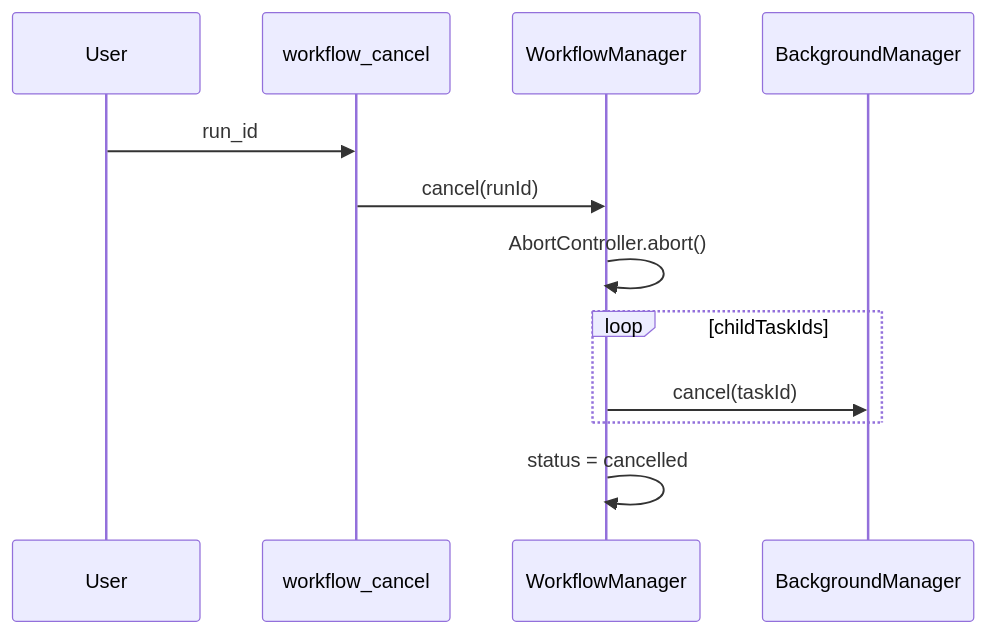
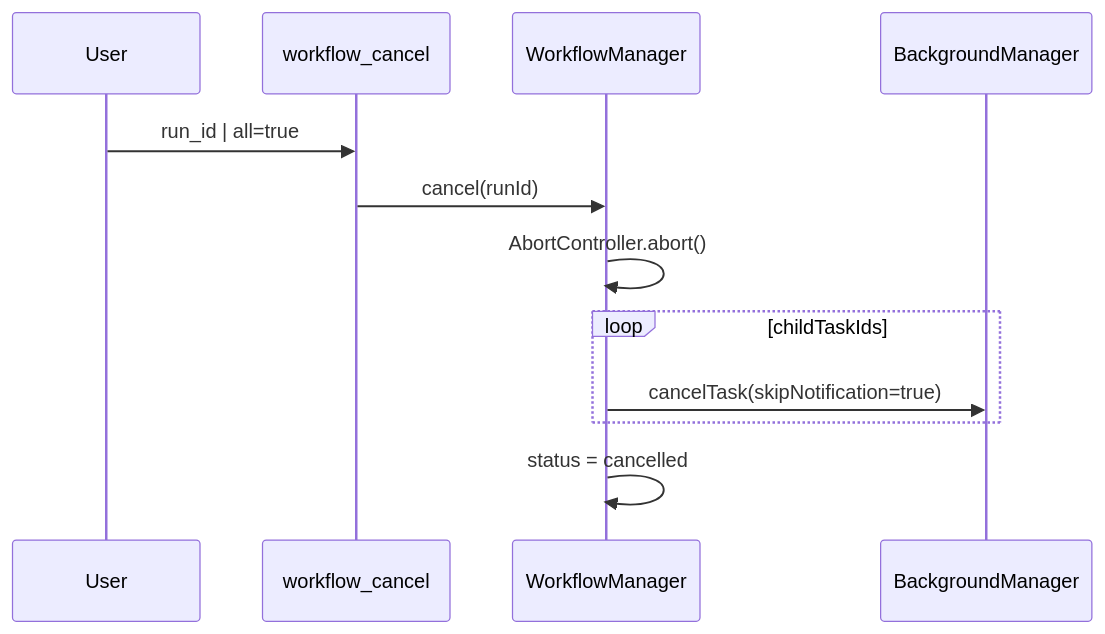
The eighth of 10 diagrams in docs/superpowers/specs/2026-06-03-dynamic-workflow-design.md (Arlen122/oh-my-openagent), drawn with Mermaid before and after one commit. The commit also changed other lines of this file and 3 other files, not shown here.

````diff
--- a/docs/superpowers/specs/2026-06-03-dynamic-workflow-design.md
+++ b/docs/superpowers/specs/2026-06-03-dynamic-workflow-design.md
@@ -444,15 +386,15 @@
 ```mermaid
 sequenceDiagram
   participant User
   participant WC as workflow_cancel
   participant WM as WorkflowManager
   participant BM as BackgroundManager
 
-  User->>WC: run_id
+  User->>WC: run_id | all=true
   WC->>WM: cancel(runId)
   WM->>WM: AbortController.abort()
   loop childTaskIds
-    WM->>BM: cancel(taskId)
+    WM->>BM: cancelTask(skipNotification=true)
   end
   WM->>WM: status = cancelled
 ```
````
